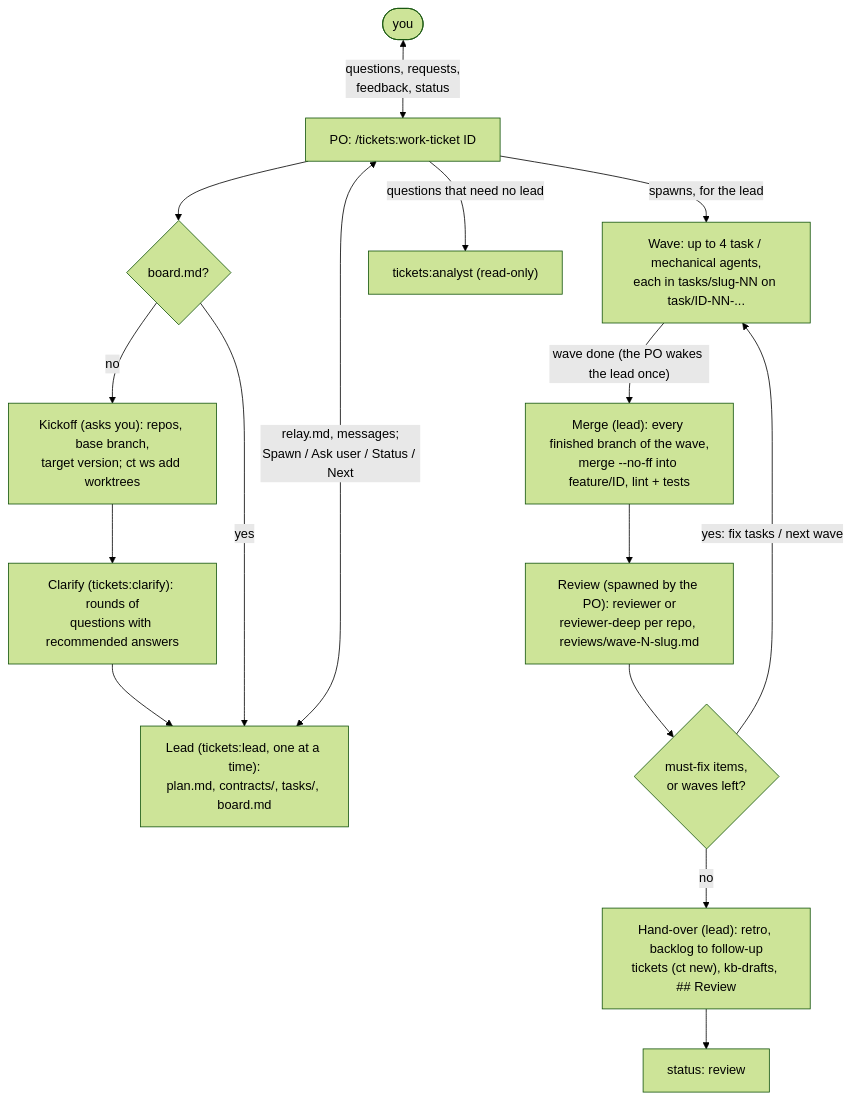
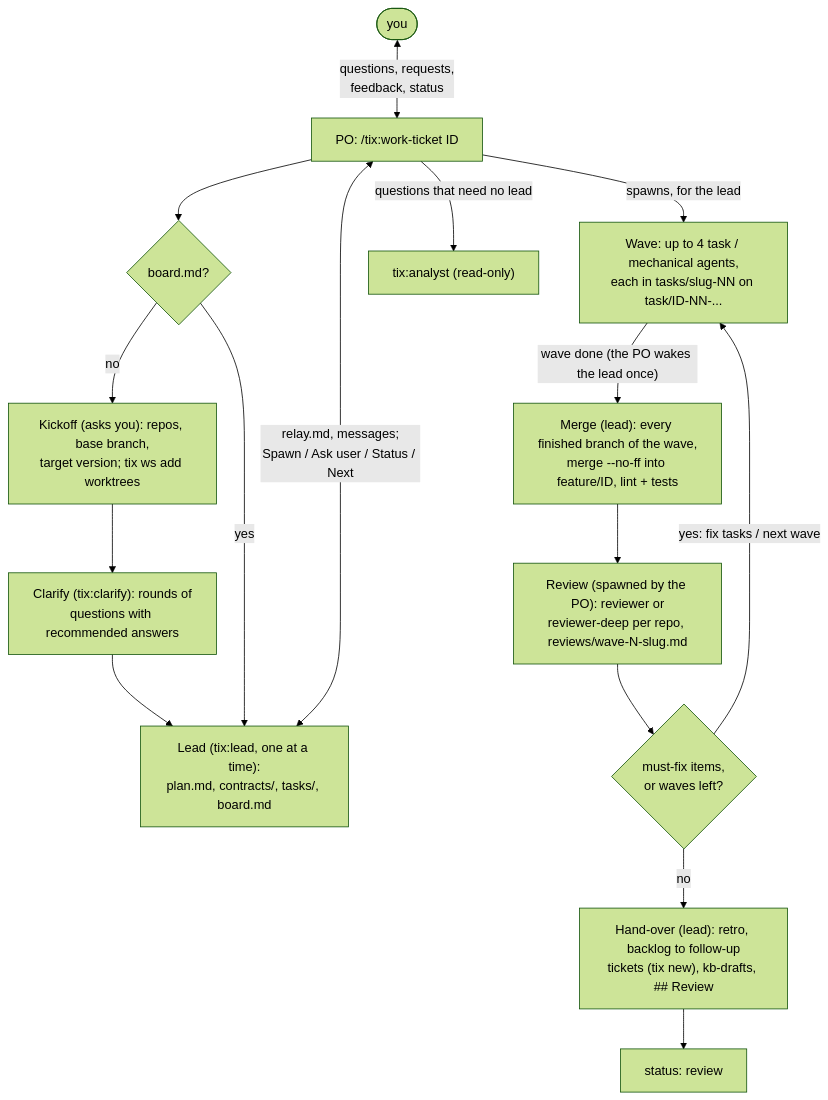
The third of 6 diagrams in README.md (zero4573/claude-tickets), drawn with Mermaid (forest theme) before and after one commit. The commit also changed other lines of this file and 361 other files, not shown here.

First line of the commit message:
feat!: rename claude-tickets to tix and run sessions on kiro too

````diff
--- a/README.md
+++ b/README.md
@@ -487,18 +534,18 @@
 ```mermaid
 flowchart TB
-  you([you]) <-->|"questions, requests,<br/>feedback, status"| po["PO: /tickets:work-ticket ID"]
+  you([you]) <-->|"questions, requests,<br/>feedback, status"| po["PO: /tix:work-ticket ID"]
   po --> resume{board.md?}
-  resume -- no --> kickoff["Kickoff (asks you): repos, base branch,<br/>target version; ct ws add worktrees"]
-  kickoff --> grill["Clarify (tickets:clarify): rounds of<br/>questions with recommended answers"]
+  resume -- no --> kickoff["Kickoff (asks you): repos, base branch,<br/>target version; tix ws add worktrees"]
+  kickoff --> grill["Clarify (tix:clarify): rounds of<br/>questions with recommended answers"]
   grill --> lead
-  resume -- yes --> lead["Lead (tickets:lead, one at a time):<br/>plan.md, contracts/, tasks/, board.md"]
+  resume -- yes --> lead["Lead (tix:lead, one at a time):<br/>plan.md, contracts/, tasks/, board.md"]
   po <-->|"relay.md, messages;<br/>Spawn / Ask user / Status / Next"| lead
   po -->|"spawns, for the lead"| wave["Wave: up to 4 task / mechanical agents,<br/>each in tasks/slug-NN on task/ID-NN-..."]
   wave -->|"wave done (the PO wakes the lead once)"| merge["Merge (lead): every finished branch of the wave,<br/>merge --no-ff into feature/ID, lint + tests"]
   merge --> rev["Review (spawned by the PO): reviewer or<br/>reviewer-deep per repo, reviews/wave-N-slug.md"]
   rev --> fix{"must-fix items,<br/>or waves left?"}
   fix -- "yes: fix tasks / next wave" --> wave
-  fix -- no --> hand["Hand-over (lead): retro, backlog to follow-up<br/>tickets (ct new), kb-drafts, ## Review"]
+  fix -- no --> hand["Hand-over (lead): retro, backlog to follow-up<br/>tickets (tix new), kb-drafts, ## Review"]
   hand --> review[status: review]
-  po -->|"questions that need no lead"| analyst["tickets:analyst (read-only)"]
+  po -->|"questions that need no lead"| analyst["tix:analyst (read-only)"]
 ```
````
